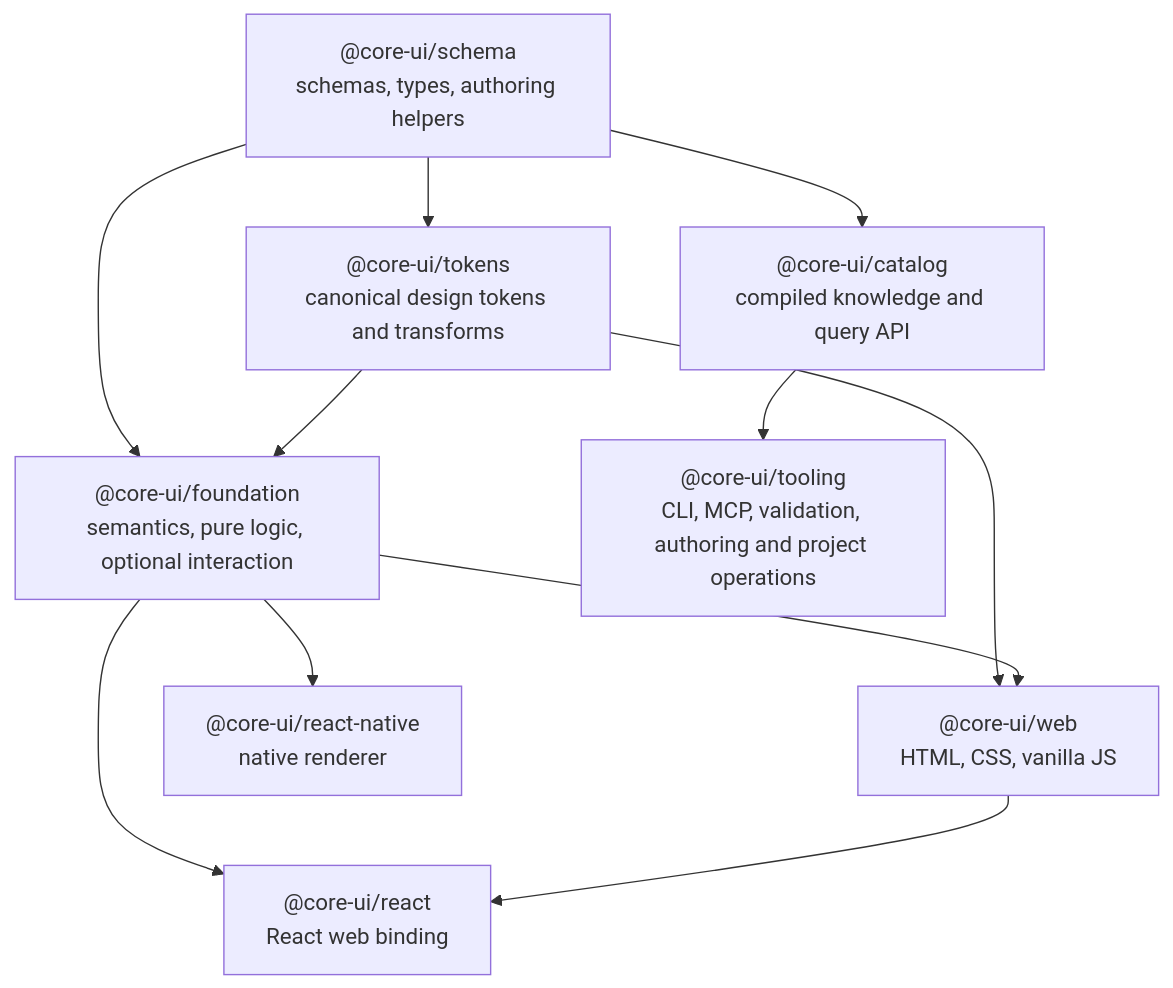
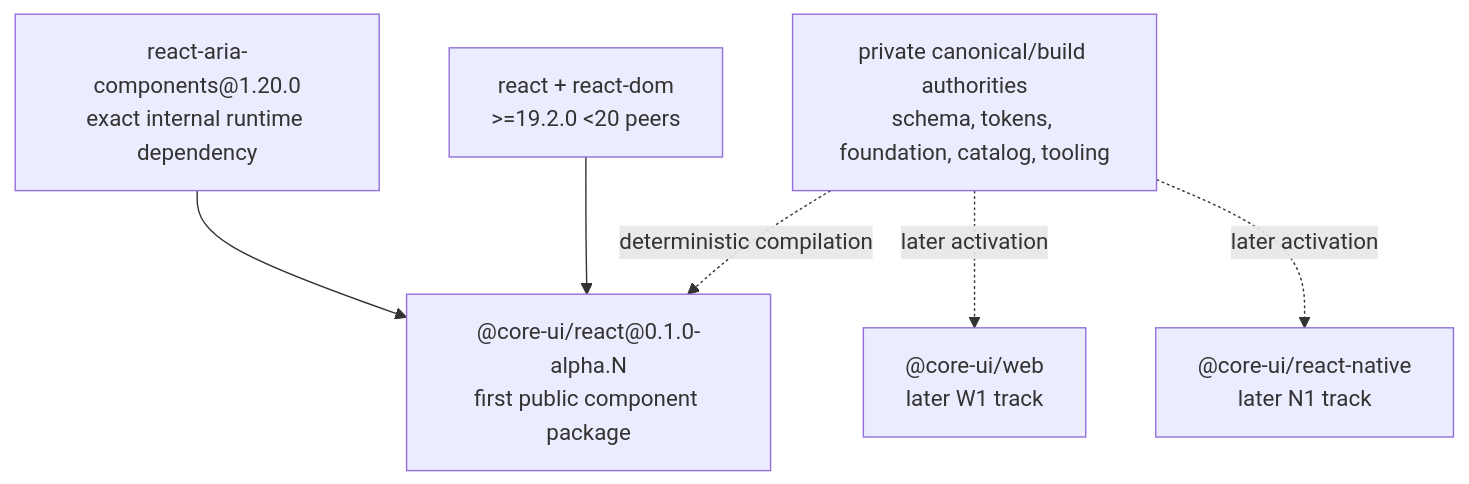
The second of 2 diagrams in strategy/monorepo-architecture.md (ndrewtran/core-ui), drawn with Mermaid before and after one commit. The commit also changed other lines of this file and 10 other files, not shown here.

````diff
--- a/strategy/monorepo-architecture.md
+++ b/strategy/monorepo-architecture.md
@@ -1013,22 +1103,15 @@
 ```mermaid
 flowchart TD
-  schema["@core-ui/schema\nschemas, types, authoring helpers"]
-  tokens["@core-ui/tokens\ncanonical design tokens and transforms"]
-  foundation["@core-ui/foundation\nsemantics, pure logic, optional interaction"]
-  web["@core-ui/web\nHTML, CSS, vanilla JS"]
-  react["@core-ui/react\nReact web binding"]
-  native["@core-ui/react-native\nnative renderer"]
-  catalog["@core-ui/catalog\ncompiled knowledge and query API"]
-  tooling["@core-ui/tooling\nCLI, MCP, validation, authoring and project operations"]
+  canonical["private canonical/build authorities\nschema, tokens, foundation, catalog, tooling"]
+  react["@core-ui/react@0.1.0-alpha.N\nfirst public component package"]
+  aria["react-aria-components@1.20.0\nexact internal runtime dependency"]
+  peers["react + react-dom\n>=19.2.0 <20 peers"]
+  web["@core-ui/web\nlater W1 track"]
+  native["@core-ui/react-native\nlater N1 track"]
 
-  schema --> foundation
-  schema --> catalog
-  schema --> tokens
-  tokens --> foundation
-  tokens --> web
-  foundation --> web
-  foundation --> react
-  foundation --> native
-  web --> react
-  catalog --> tooling
+  canonical -. deterministic compilation .-> react
+  aria --> react
+  peers --> react
+  canonical -. later activation .-> web
+  canonical -. later activation .-> native
 ```
````
